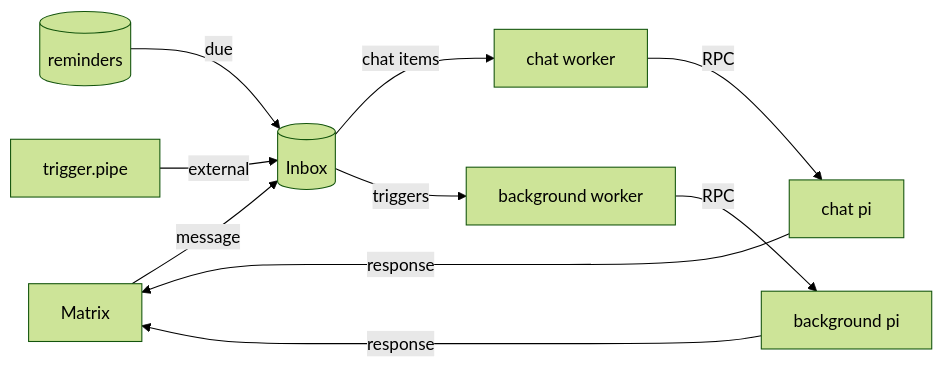
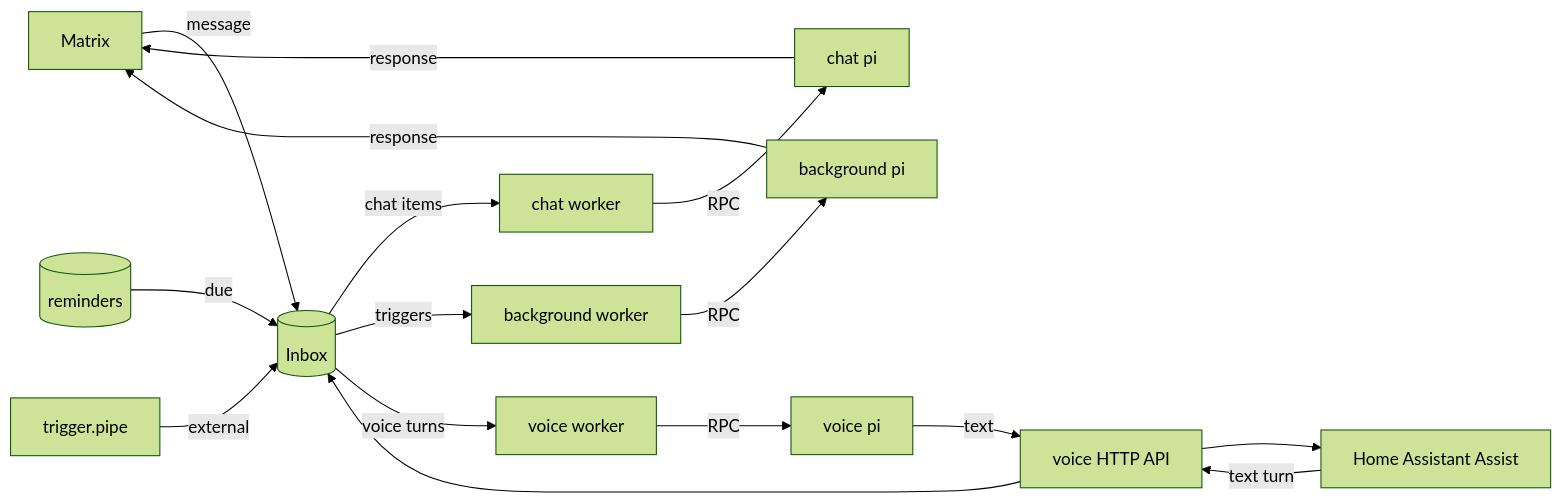
The diagram in README.md (pkulak/opencrow), drawn with Mermaid (forest theme) before and after one commit. The commit also changed other lines of this file and 4 other files, not shown here.

Commit message:
Document the voice API and Home Assistant integration.

````diff
--- a/README.md
+++ b/README.md
@@ -17,10 +20,13 @@
 ```mermaid
 graph LR
     Matrix -->|message| Inbox[(Inbox)]
     Reminders[(reminders)] -->|due| Inbox
     Trigger["trigger.pipe"] -->|external| Inbox
+    HA["Home Assistant Assist"] -->|text turn| HTTP["voice HTTP API"] --> Inbox
     Inbox -->|chat items| Chat["chat worker"] -->|RPC| ChatPi["chat pi"]
     Inbox -->|triggers| Background["background worker"] -->|RPC| BackgroundPi["background pi"]
+    Inbox -->|voice turns| Voice["voice worker"] -->|RPC| VoicePi["voice pi"]
     ChatPi -->|response| Matrix
     BackgroundPi -->|response| Matrix
+    VoicePi -->|text| HTTP --> HA
 ```
````
